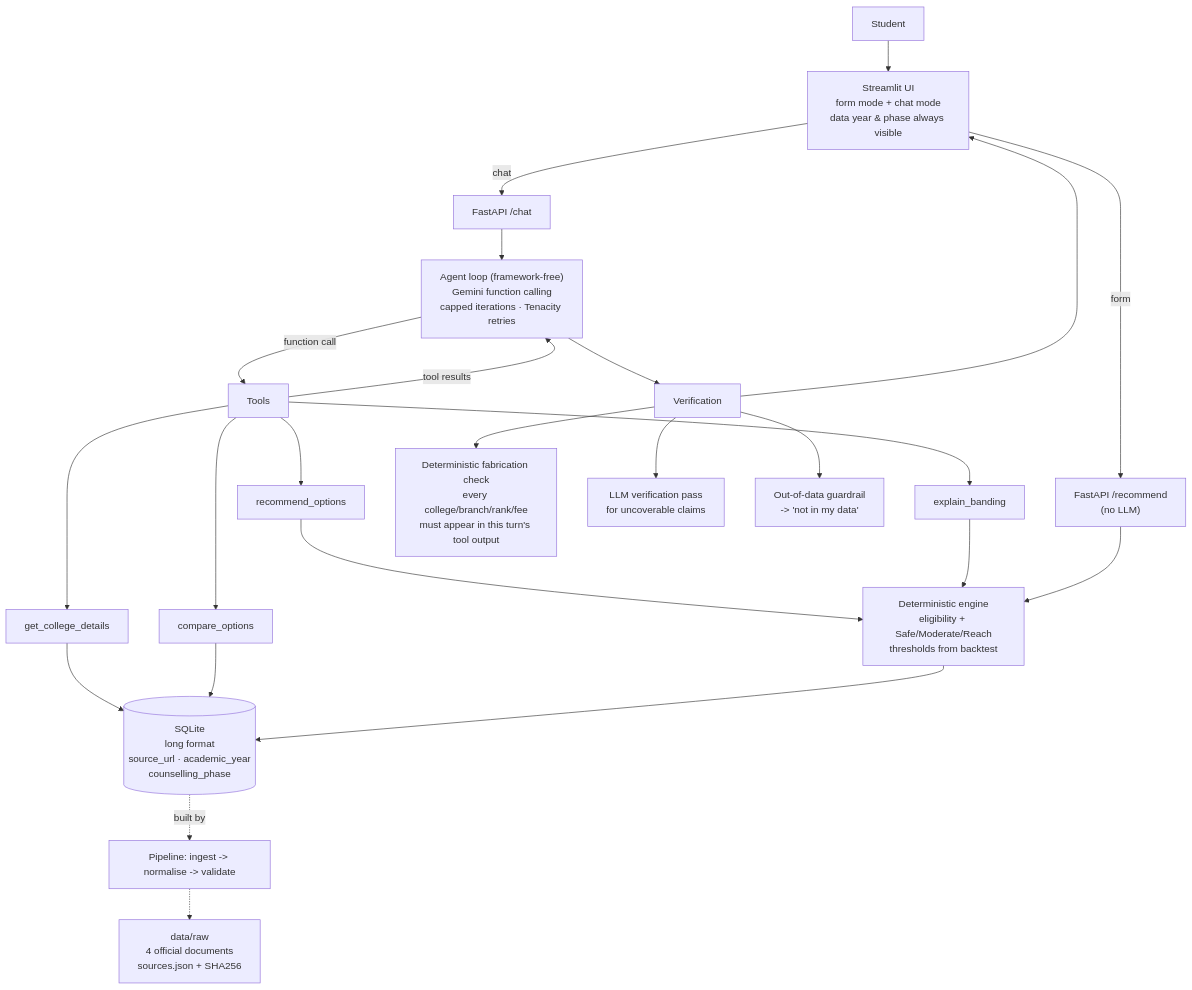
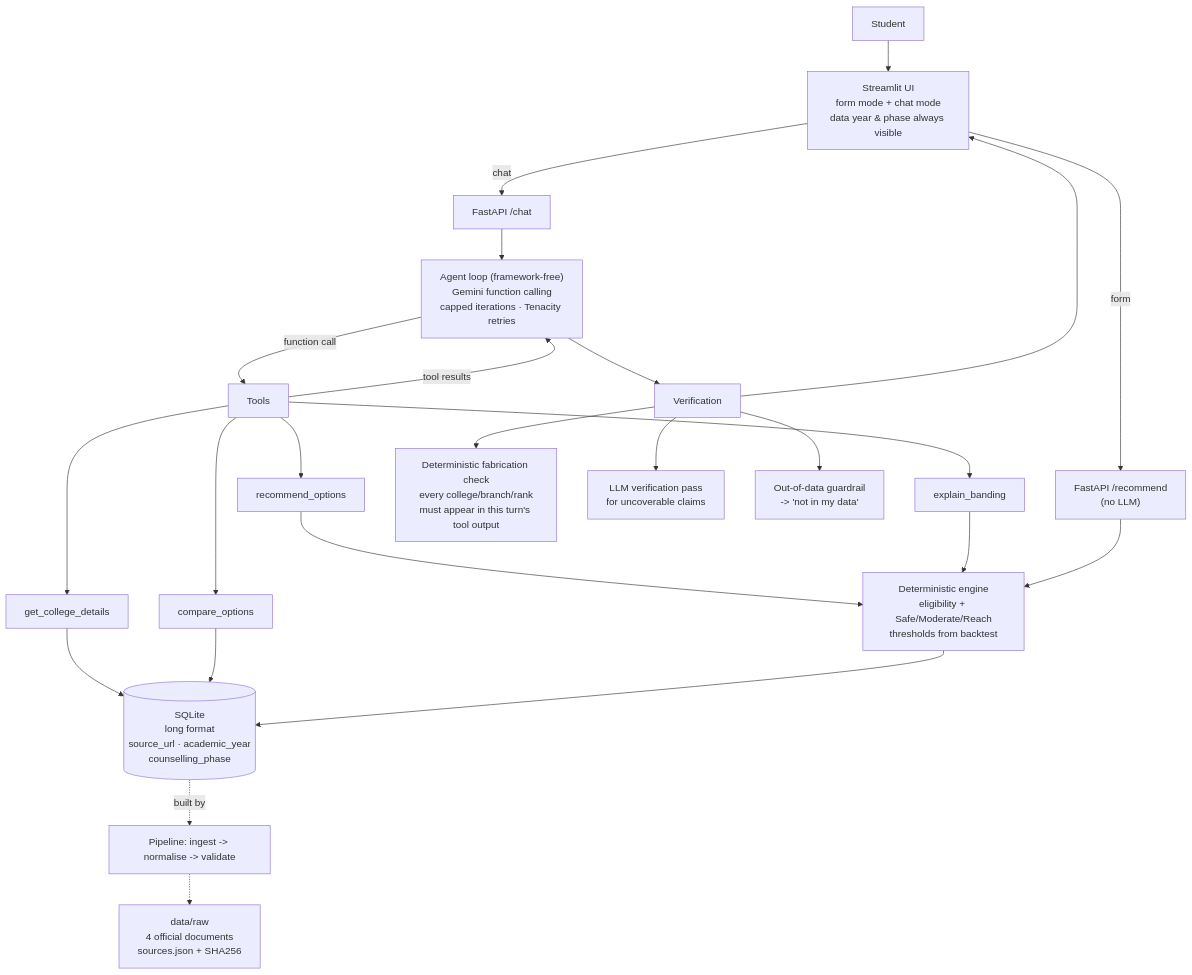
The diagram in docs/DESIGN.md (sravya520/Emcet_Clg_Prediction), drawn with Mermaid before and after one commit. The commit also changed other lines of this file and 2 other files, not shown here.

First line of the commit message:
Record Phase 0 decisions: drop fee, two-fold backtest, no NAAC in MVP

````diff
--- a/docs/DESIGN.md
+++ b/docs/DESIGN.md
@@ -58,31 +59,31 @@
 ```mermaid
 flowchart TD
     U["Student"] --> UI["Streamlit UI<br/>form mode + chat mode<br/>data year & phase always visible"]
     UI -->|"form"| R["FastAPI /recommend<br/>(no LLM)"]
     UI -->|"chat"| C["FastAPI /chat"]
 
     C --> LOOP["Agent loop (framework-free)<br/>Gemini function calling<br/>capped iterations · Tenacity retries"]
 
     LOOP -->|"function call"| T["Tools"]
     T --> T1["recommend_options"]
     T --> T2["get_college_details"]
     T --> T3["compare_options"]
     T --> T4["explain_banding"]
 
     T1 --> ENG["Deterministic engine<br/>eligibility + Safe/Moderate/Reach<br/>thresholds from backtest"]
     T2 --> DB[("SQLite<br/>long format<br/>source_url · academic_year<br/>counselling_phase")]
     T3 --> DB
     T4 --> ENG
     ENG --> DB
     R --> ENG
 
     T -->|"tool results"| LOOP
     LOOP --> V["Verification"]
-    V --> V1["Deterministic fabrication check<br/>every college/branch/rank/fee<br/>must appear in this turn's tool output"]
+    V --> V1["Deterministic fabrication check<br/>every college/branch/rank<br/>must appear in this turn's tool output"]
     V --> V2["LLM verification pass<br/>for uncoverable claims"]
     V --> V3["Out-of-data guardrail<br/>-> 'not in my data'"]
     V --> UI
 
     DB -.->|"built by"| P["Pipeline: ingest -> normalise -> validate"]
     P -.-> RAW["data/raw<br/>4 official documents<br/>sources.json + SHA256"]
 ```
````
